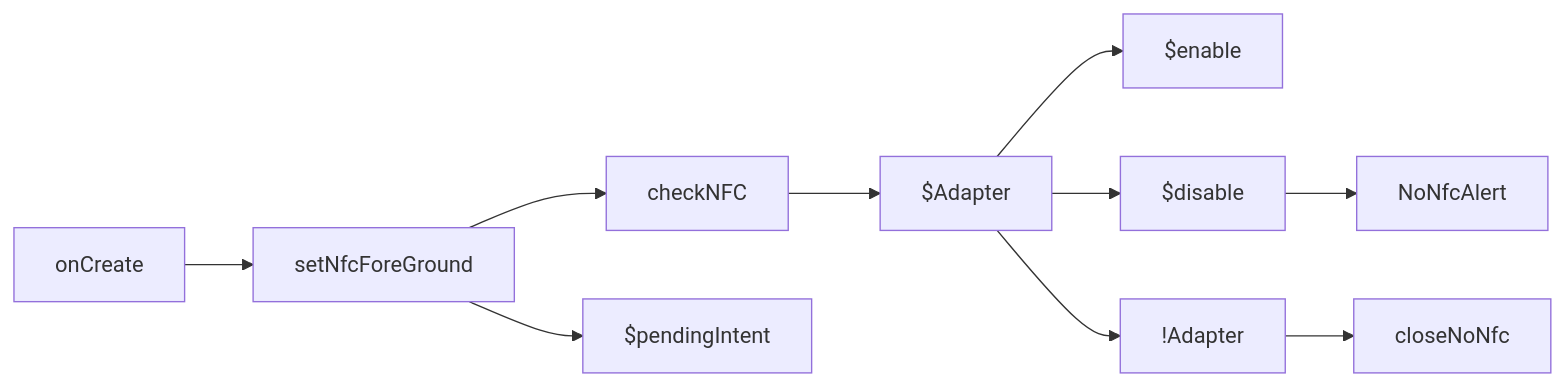
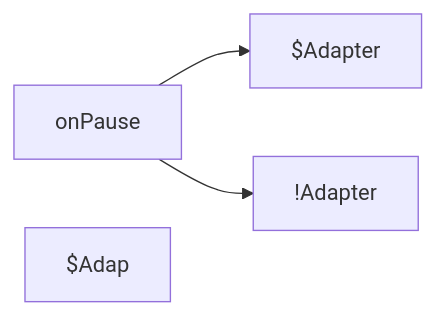
Before and after one commit to gordianknotC/nxp_note: the second of 2 diagrams in nxp/MainActivity.md, drawn with Mermaid. The commit also changed other lines of this file, not shown here.

Commit message:
nxp/MainActivity.md updated from https://stackedit.io/

````diff
--- a/nxp/MainActivity.md
+++ b/nxp/MainActivity.md
@@ -25,18 +21,7 @@
 ```mermaid
 graph LR
-	onCreate
-	setNfcForeGround
-	checkNFC
-
-
-	onCreate --> setNfcForeGround
-	setNfcForeGround --> checkNFC
-	setNfcForeGround --> $pendingIntent
-	checkNFC --> $Adapter
-	$Adapter --> $enable
-	$Adapter --> $disable
-	$disable --> NoNfcAlert
-	$Adapter --> !Adapter
-	!Adapter --> closeNoNfc
+	onPause --> $Adapter
+	onPause --> !Adapter
+	$Adap
 
 ```
````
